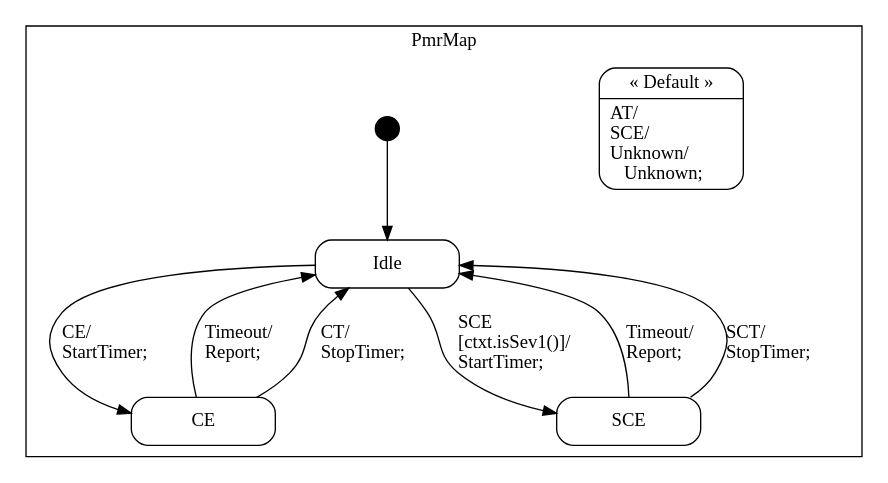
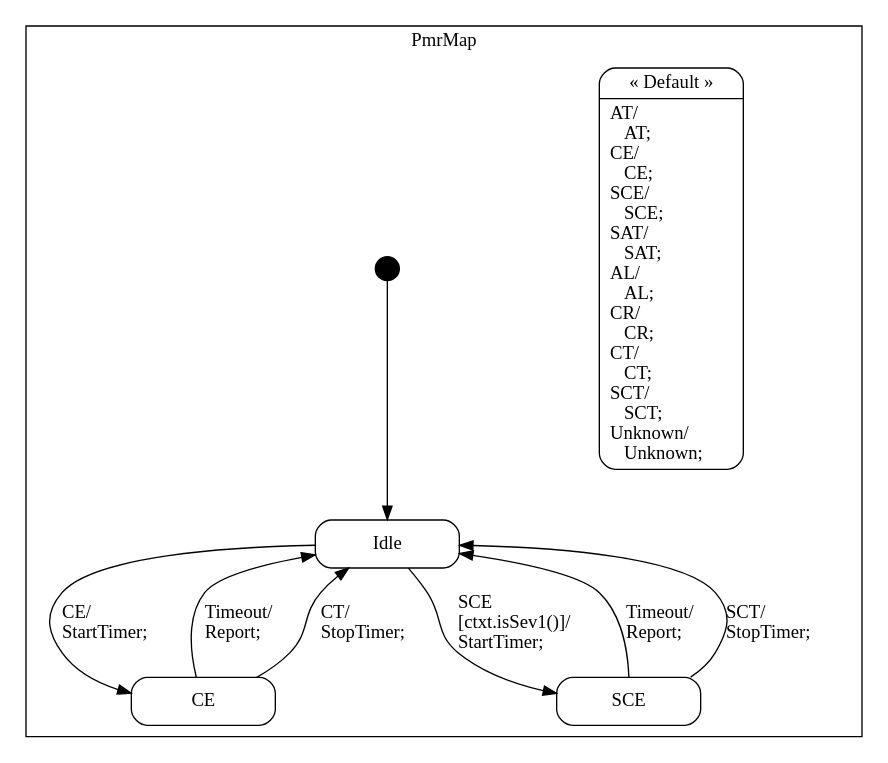
One commit to ksulrich/java changed the diagram in pmr_checks/etc/PmrClass_sm.dot. Above: the diagram before and after it, drawn with Graphviz. The commit also changed 3 other files, not shown here.

```diff
--- a/pmr_checks/etc/PmrClass_sm.dot
+++ b/pmr_checks/etc/PmrClass_sm.dot
@@ -1,54 +1,54 @@
 digraph PmrClass {
 
     node
         [shape=Mrecord width=1.5];
 
     subgraph cluster_PmrMap {
 
         label="PmrMap";
 
         //
         // States (Nodes)
         //
 
         "PmrMap::Idle"
             [label="{Idle}"];
 
         "PmrMap::CE"
             [label="{CE}"];
 
         "PmrMap::SCE"
             [label="{SCE}"];
 
         "PmrMap::DefaultState"
-            [label="{&laquo; Default &raquo;|AT/\lSCE/\lUnknown/\l&nbsp;&nbsp;&nbsp;Unknown;\l}"];
+            [label="{&laquo; Default &raquo;|AT/\l&nbsp;&nbsp;&nbsp;AT;\lCE/\l&nbsp;&nbsp;&nbsp;CE;\lSCE/\l&nbsp;&nbsp;&nbsp;SCE;\lSAT/\l&nbsp;&nbsp;&nbsp;SAT;\lAL/\l&nbsp;&nbsp;&nbsp;AL;\lCR/\l&nbsp;&nbsp;&nbsp;CR;\lCT/\l&nbsp;&nbsp;&nbsp;CT;\lSCT/\l&nbsp;&nbsp;&nbsp;SCT;\lUnknown/\l&nbsp;&nbsp;&nbsp;Unknown;\l}"];
 
         "%start"
             [label="" shape=circle style=filled fillcolor=black width=0.25];
 
         //
         // Transitions (Edges)
         //
 
         "PmrMap::Idle" -> "PmrMap::CE"
             [label="CE/\lStartTimer;\l"];
 
         "PmrMap::Idle" -> "PmrMap::SCE"
             [label="SCE\l\[ctxt.isSev1()\]/\lStartTimer;\l"];
 
         "PmrMap::CE" -> "PmrMap::Idle"
             [label="Timeout/\lReport;\l"];
 
         "PmrMap::CE" -> "PmrMap::Idle"
             [label="CT/\lStopTimer;\l"];
 
         "PmrMap::SCE" -> "PmrMap::Idle"
             [label="Timeout/\lReport;\l"];
 
         "PmrMap::SCE" -> "PmrMap::Idle"
             [label="SCT/\lStopTimer;\l"];
 
         "%start" -> "PmrMap::Idle"
     }
 
 }
```
